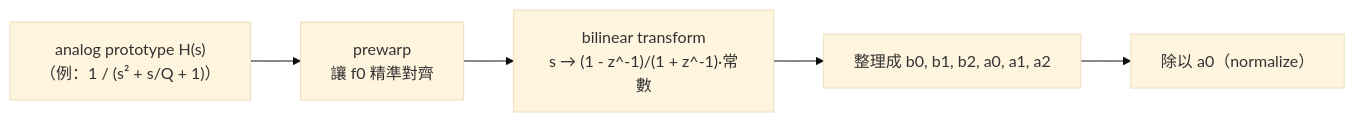
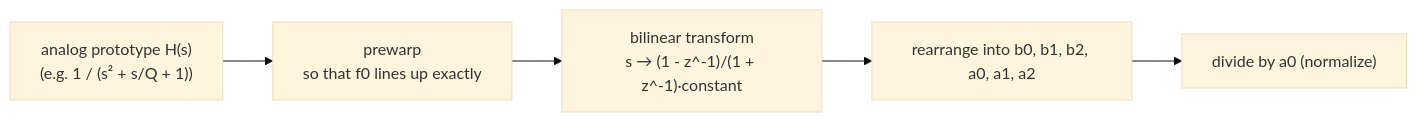
Before and after one commit to TomHsieh300/DAW-for-fun: the second of 2 diagrams in lessons/02-filter/README.md, drawn with Mermaid (base theme). The commit also changed other lines of this file and 25 other files, not shown here.

````diff
--- a/lessons/02-filter/README.md
+++ b/lessons/02-filter/README.md
@@ -363,7 +364,7 @@
 ```mermaid
 flowchart LR
-    A["analog prototype H(s)<br/>（例：1 / (s² + s/Q + 1)）"] --> B["prewarp<br/>讓 f0 精準對齊"]
-    B --> C["bilinear transform<br/>s → (1 - z^-1)/(1 + z^-1)·常數"]
-    C --> D["整理成 b0, b1, b2, a0, a1, a2"]
-    D --> E["除以 a0（normalize）"]
+    A["analog prototype H(s)<br/>(e.g. 1 / (s² + s/Q + 1))"] --> B["prewarp<br/>so that f0 lines up exactly"]
+    B --> C["bilinear transform<br/>s → (1 - z^-1)/(1 + z^-1)·constant"]
+    C --> D["rearrange into b0, b1, b2, a0, a1, a2"]
+    D --> E["divide by a0 (normalize)"]
 ```
````
